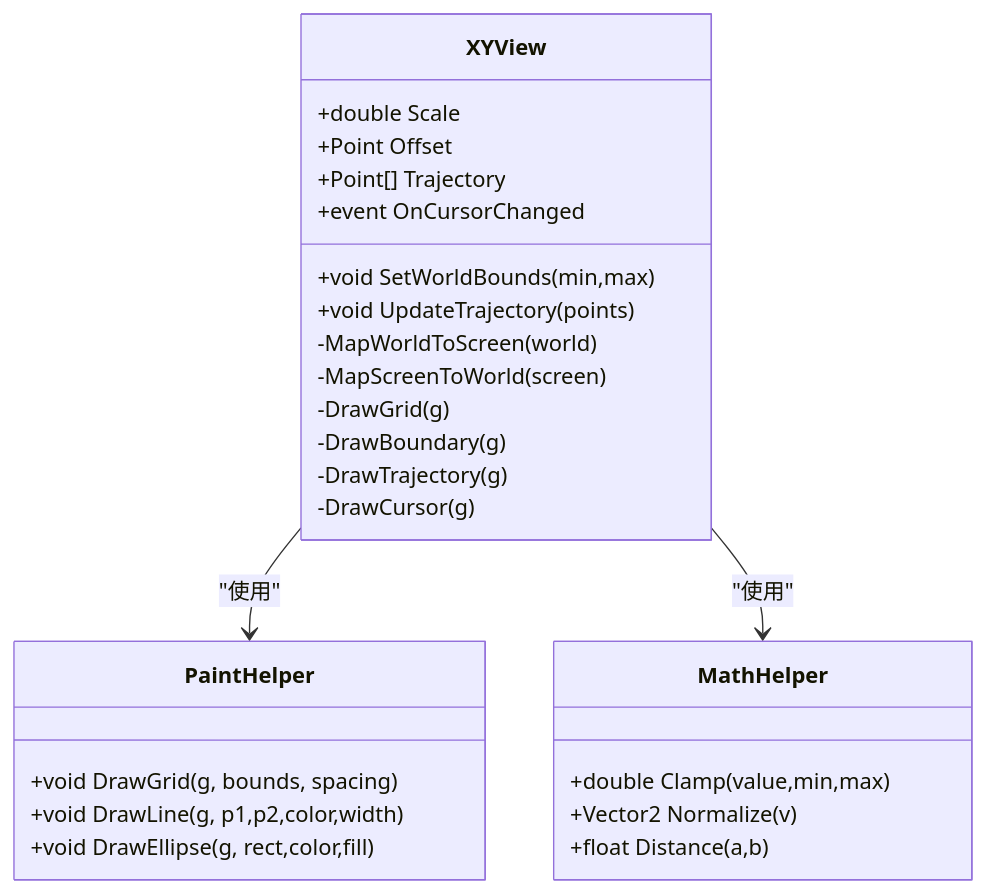
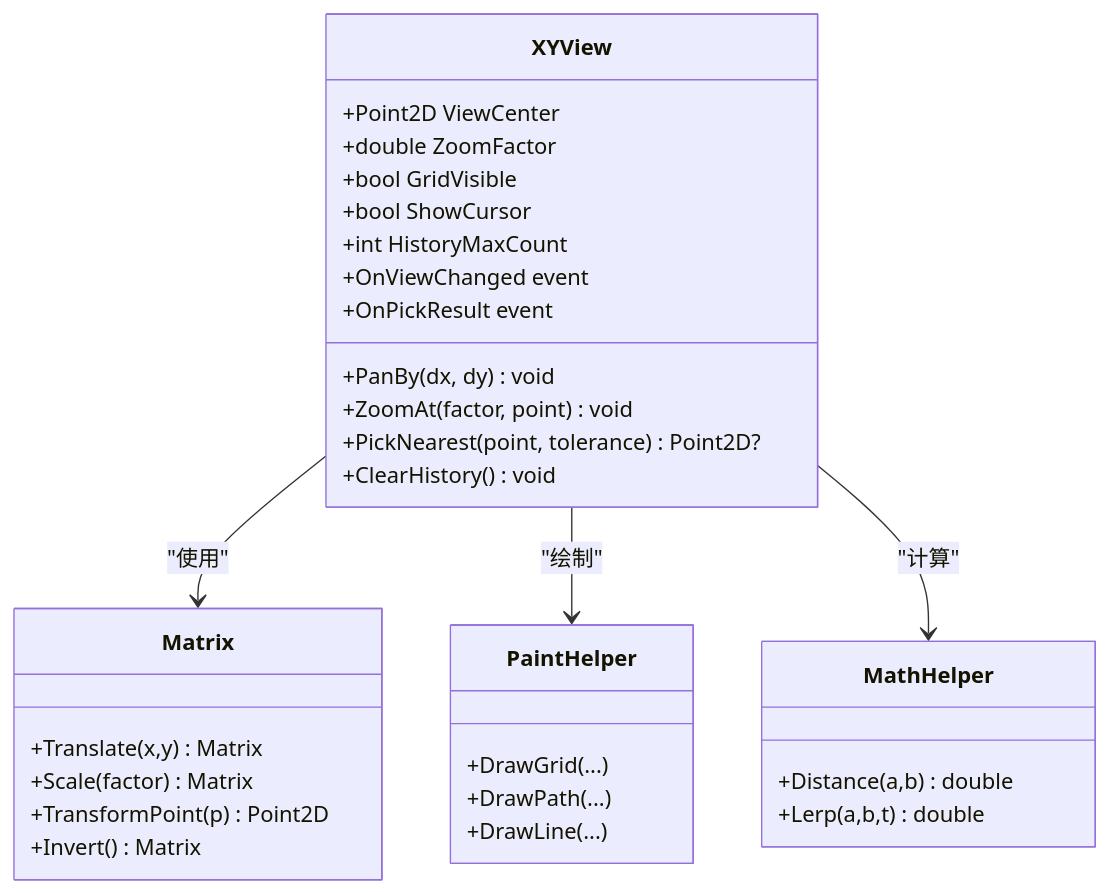
Before and after one commit to fuweiq94-cloud/3399180760: the fourth of 6 diagrams in .qoder/repowiki/zh/content/自定义控件库/高级控件.md, drawn with Mermaid. The commit also changed other lines of this file and 94 other files, not shown here.

````diff
--- a/.qoder/repowiki/zh/content/自定义控件库/高级控件.md
+++ b/.qoder/repowiki/zh/content/自定义控件库/高级控件.md
@@ -194,29 +232,34 @@
 ```mermaid
 classDiagram
 class XYView {
-+double Scale
-+Point Offset
-+Point[] Trajectory
-+void SetWorldBounds(min,max)
-+void UpdateTrajectory(points)
-+event OnCursorChanged
--MapWorldToScreen(world)
--MapScreenToWorld(screen)
--DrawGrid(g)
--DrawBoundary(g)
--DrawTrajectory(g)
--DrawCursor(g)
++Point2D ViewCenter
++double ZoomFactor
++bool GridVisible
++bool ShowCursor
++int HistoryMaxCount
++PanBy(dx, dy) void
++ZoomAt(factor, point) void
++PickNearest(point, tolerance) Point2D?
++ClearHistory() void
++OnViewChanged event
++OnPickResult event
+}
+class Matrix {
++Translate(x,y) Matrix
++Scale(factor) Matrix
++TransformPoint(p) Point2D
++Invert() Matrix
 }
 class PaintHelper {
-+void DrawGrid(g, bounds, spacing)
-+void DrawLine(g, p1,p2,color,width)
-+void DrawEllipse(g, rect,color,fill)
++DrawGrid(...)
++DrawPath(...)
++DrawLine(...)
 }
 class MathHelper {
-+double Clamp(value,min,max)
-+Vector2 Normalize(v)
-+float Distance(a,b)
++Distance(a,b) double
++Lerp(a,b,t) double
 }
-XYView --> PaintHelper : "使用"
-XYView --> MathHelper : "使用"
+XYView --> Matrix : "使用"
+XYView --> PaintHelper : "绘制"
+XYView --> MathHelper : "计算"
 ```
````
